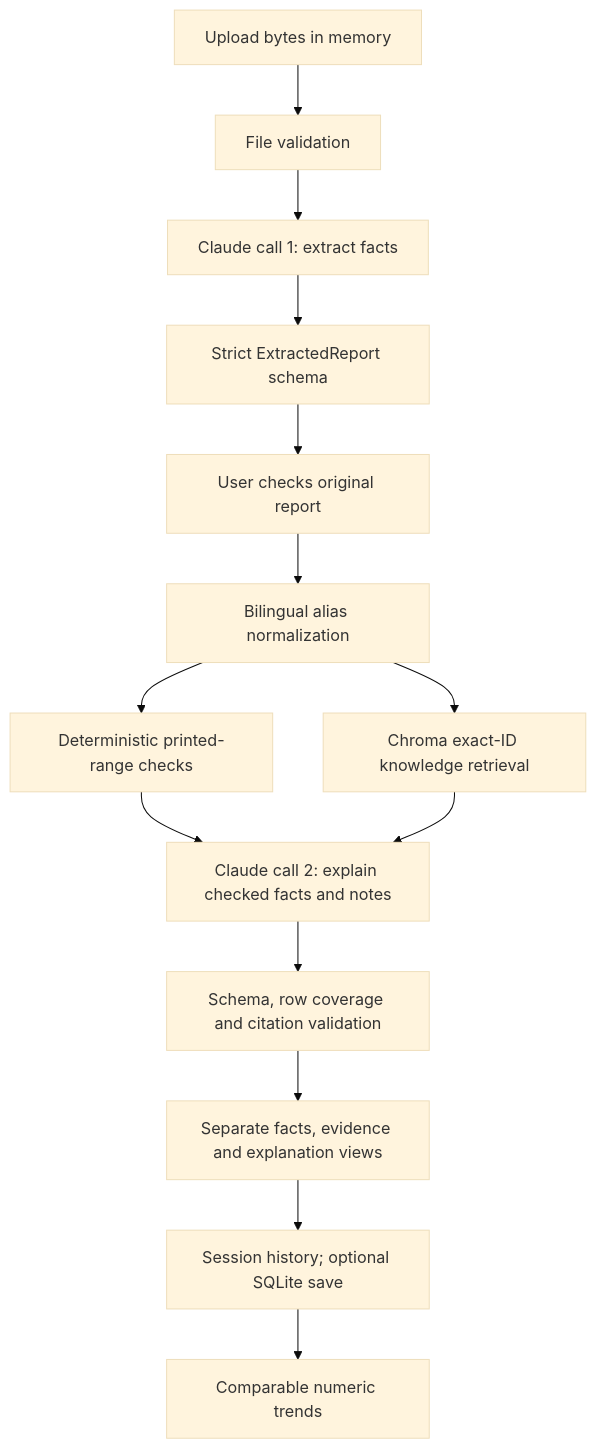
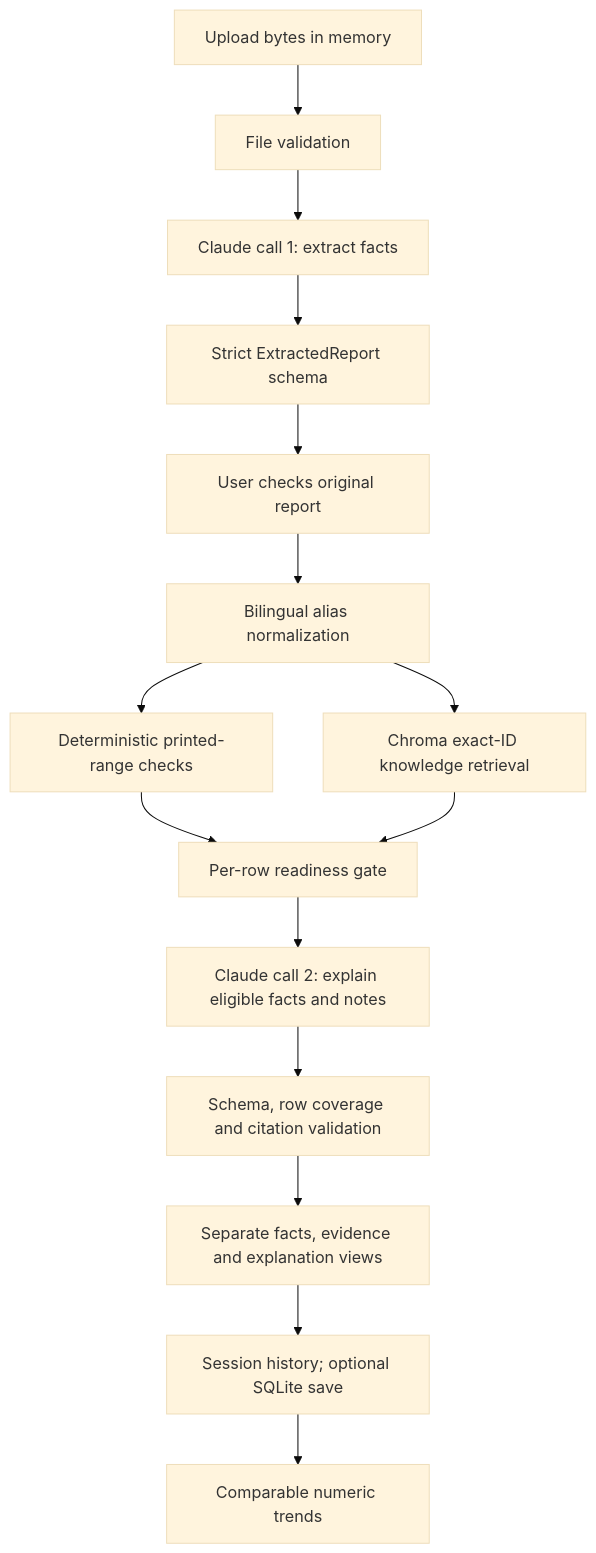
One commit to chenyixin0423-lgtm/medical_report_interpreter changed the diagram in docs/ARCHITECTURE.md. Above: the diagram before and after it, drawn with Mermaid (base theme). The commit also changed other lines of this file and 19 other files, not shown here.

Commit message:
feat: gate report interpretation with per-indicator abstention and reviewed corrections

````diff
--- a/docs/ARCHITECTURE.md
+++ b/docs/ARCHITECTURE.md
@@ -6,16 +6,17 @@
 ```mermaid
 flowchart TD
     A["Upload bytes in memory"] --> B["File validation"]
     B --> C["Claude call 1: extract facts"]
     C --> D["Strict ExtractedReport schema"]
     D --> E["User checks original report"]
     E --> F["Bilingual alias normalization"]
     F --> G["Deterministic printed-range checks"]
     F --> H["Chroma exact-ID knowledge retrieval"]
-    G --> I["Claude call 2: explain checked facts and notes"]
-    H --> I
+    G --> N["Per-row readiness gate"]
+    H --> N
+    N --> I["Claude call 2: explain eligible facts and notes"]
     I --> J["Schema, row coverage and citation validation"]
     J --> K["Separate facts, evidence and explanation views"]
     K --> L["Session history; optional SQLite save"]
     L --> M["Comparable numeric trends"]
 ```
````
